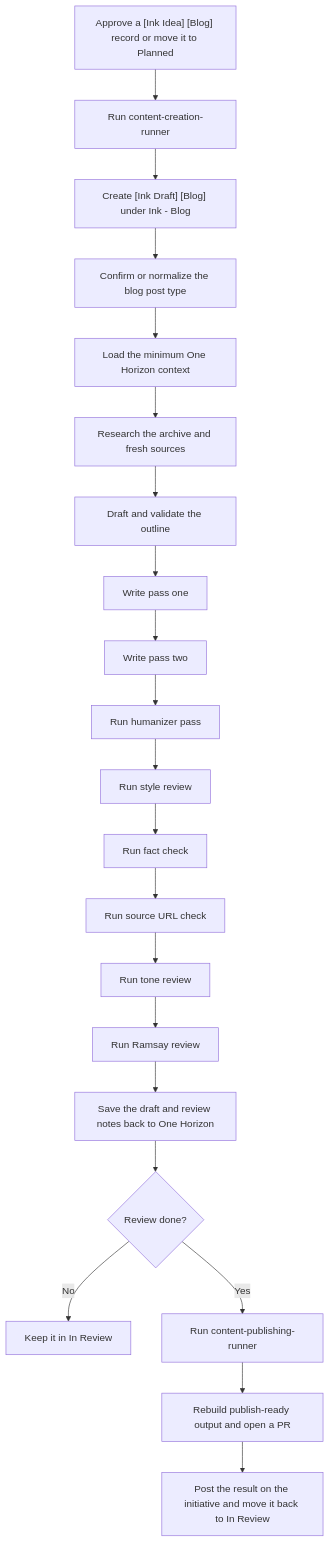
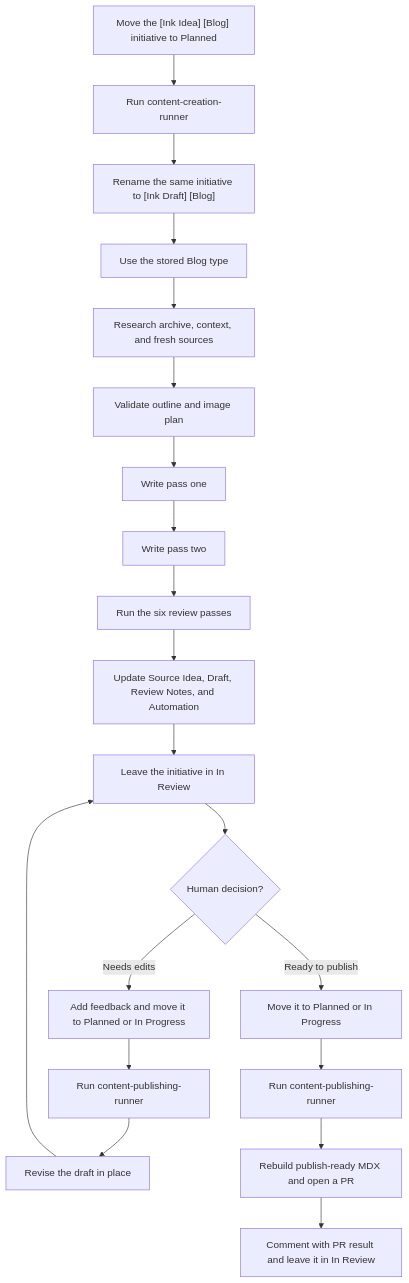
The third of 4 diagrams in README.md (onehorizonai/ink), drawn with Mermaid before and after one commit. The commit also changed other lines of this file and 12 other files, not shown here.

````diff
--- a/README.md
+++ b/README.md
@@ -285,23 +286,22 @@
 ```mermaid
 flowchart TD
-    A["Approve a [Ink Idea] [Blog] record or move it to Planned"] --> B["Run content-creation-runner"]
-    B --> C["Create [Ink Draft] [Blog] under Ink - Blog"]
-    C --> D["Confirm or normalize the blog post type"]
-    D --> E["Load the minimum One Horizon context"]
-    E --> F["Research the archive and fresh sources"]
-    F --> G["Draft and validate the outline"]
-    G --> H["Write pass one"]
-    H --> I["Write pass two"]
-    I --> J["Run humanizer pass"]
-    J --> K["Run style review"]
-    K --> L["Run fact check"]
-    L --> M["Run source URL check"]
-    M --> N["Run tone review"]
-    N --> O["Run Ramsay review"]
-    O --> P["Save the draft and review notes back to One Horizon"]
-    P --> Q{"Review done?"}
-    Q -- "No" --> R["Keep it in In Review"]
-    Q -- "Yes" --> S["Run content-publishing-runner"]
-    S --> T["Rebuild publish-ready output and open a PR"]
-    T --> U["Post the result on the initiative and move it back to In Review"]
+    A["Move the [Ink Idea] [Blog] initiative to Planned"] --> B["Run content-creation-runner"]
+    B --> C["Rename the same initiative to [Ink Draft] [Blog]"]
+    C --> D["Use the stored Blog type"]
+    D --> E["Research archive, context, and fresh sources"]
+    E --> F["Validate outline and image plan"]
+    F --> G["Write pass one"]
+    G --> H["Write pass two"]
+    H --> I["Run the six review passes"]
+    I --> J["Update Source Idea, Draft, Review Notes, and Automation"]
+    J --> K["Leave the initiative in In Review"]
+    K --> L{"Human decision?"}
+    L -- "Needs edits" --> M["Add feedback and move it to Planned or In Progress"]
+    M --> N["Run content-publishing-runner"]
+    N --> O["Revise the draft in place"]
+    O --> K
+    L -- "Ready to publish" --> P["Move it to Planned or In Progress"]
+    P --> Q["Run content-publishing-runner"]
+    Q --> R["Rebuild publish-ready MDX and open a PR"]
+    R --> S["Comment with PR result and leave it in In Review"]
 ```
````
